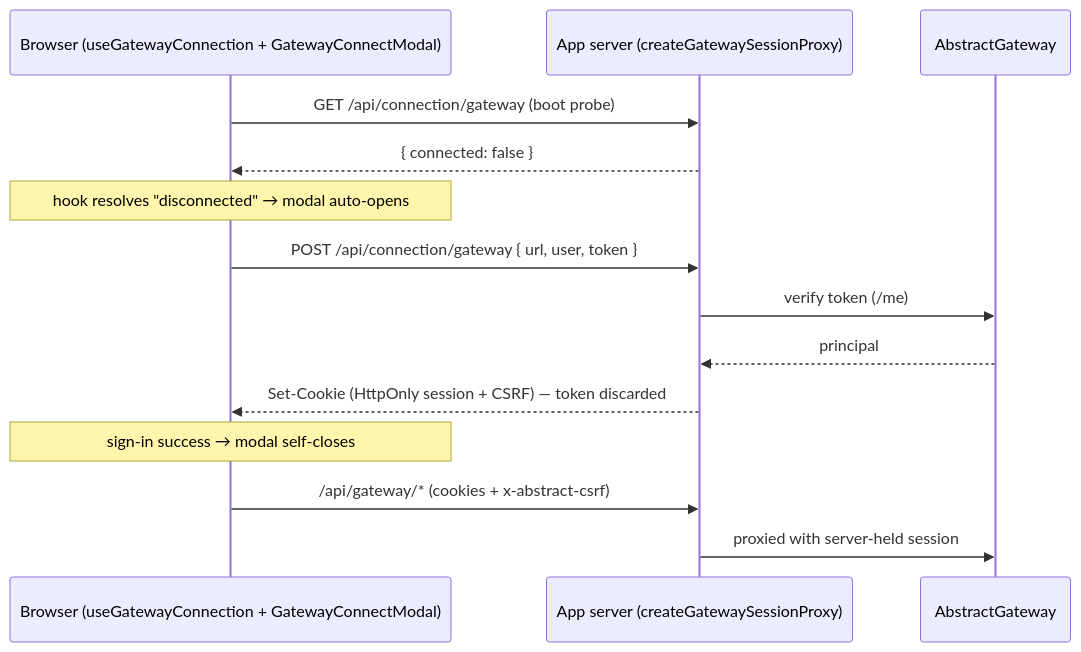
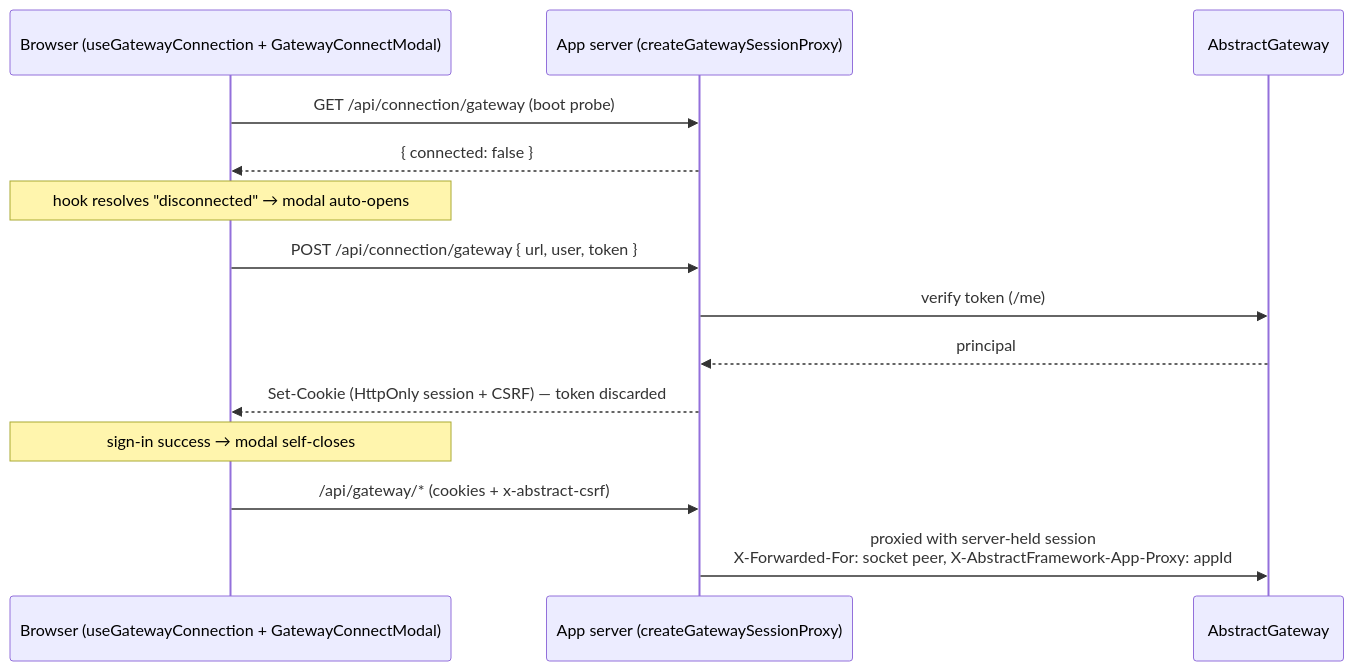
The fourth of 7 diagrams in docs/architecture.md (lpalbou/AbstractUIC), drawn with Mermaid before and after one commit. The commit also changed other lines of this file and 13 other files, not shown here.

````diff
--- a/docs/architecture.md
+++ b/docs/architecture.md
@@ -164,17 +170,17 @@
 ```mermaid
 sequenceDiagram
   participant B as Browser (useGatewayConnection + GatewayConnectModal)
   participant A as App server (createGatewaySessionProxy)
   participant G as AbstractGateway
 
   B->>A: GET /api/connection/gateway (boot probe)
   A-->>B: { connected: false }
   Note over B: hook resolves "disconnected" → modal auto-opens
   B->>A: POST /api/connection/gateway { url, user, token }
   A->>G: verify token (/me)
   G-->>A: principal
   A-->>B: Set-Cookie (HttpOnly session + CSRF) — token discarded
   Note over B: sign-in success → modal self-closes
   B->>A: /api/gateway/* (cookies + x-abstract-csrf)
-  A->>G: proxied with server-held session
+  A->>G: proxied with server-held session<br/>X-Forwarded-For: socket peer, X-AbstractFramework-App-Proxy: appId
 ```
````
